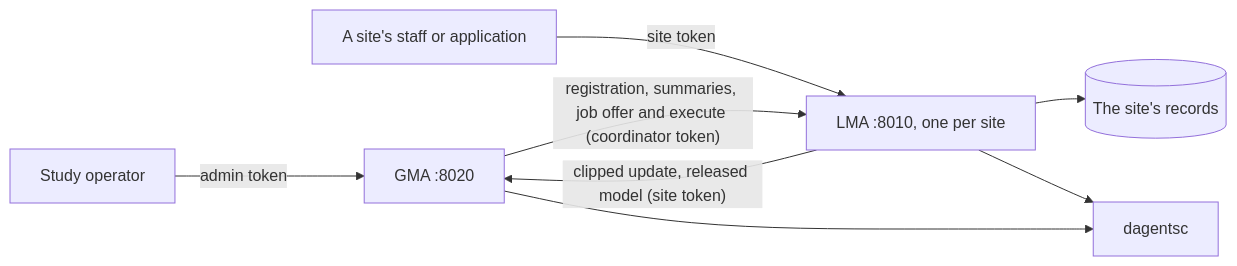
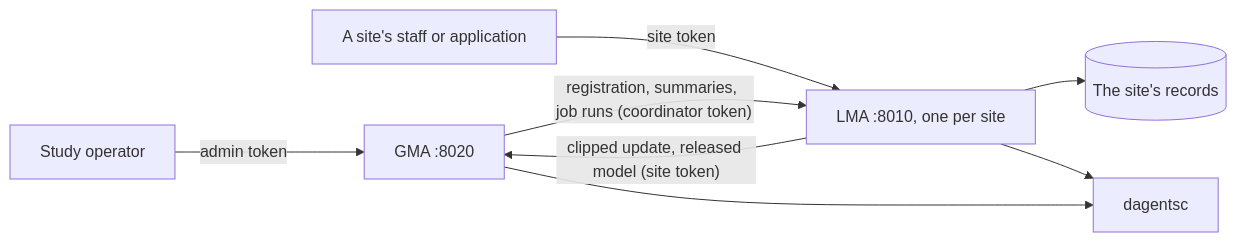
Before and after one commit to pradyunuydarp/Dagents: the first of 12 diagrams in docs/reference/api/agents.md, drawn with Mermaid. The commit also changed other lines of this file and 138 other files, not shown here.

First line of the commit message:
Switch the stroke demo to the Dagents LMA and GMA APIs

````diff
--- a/docs/reference/api/agents.md
+++ b/docs/reference/api/agents.md
@@ -35,10 +35,10 @@
 ```mermaid
 flowchart LR
     Operator["Study operator"] -->|"admin token"| GMA["GMA :8020"]
     Staff["A site's staff or application"] -->|"site token"| LMA["LMA :8010, one per site"]
-    GMA -->|"registration, summaries, job offer and execute (coordinator token)"| LMA
+    GMA -->|"registration, summaries, job runs (coordinator token)"| LMA
     LMA -->|"clipped update, released model (site token)"| GMA
     LMA --> Source[("The site's records")]
     LMA --> Planner["dagentsc"]
     GMA --> Planner
 ```
````
